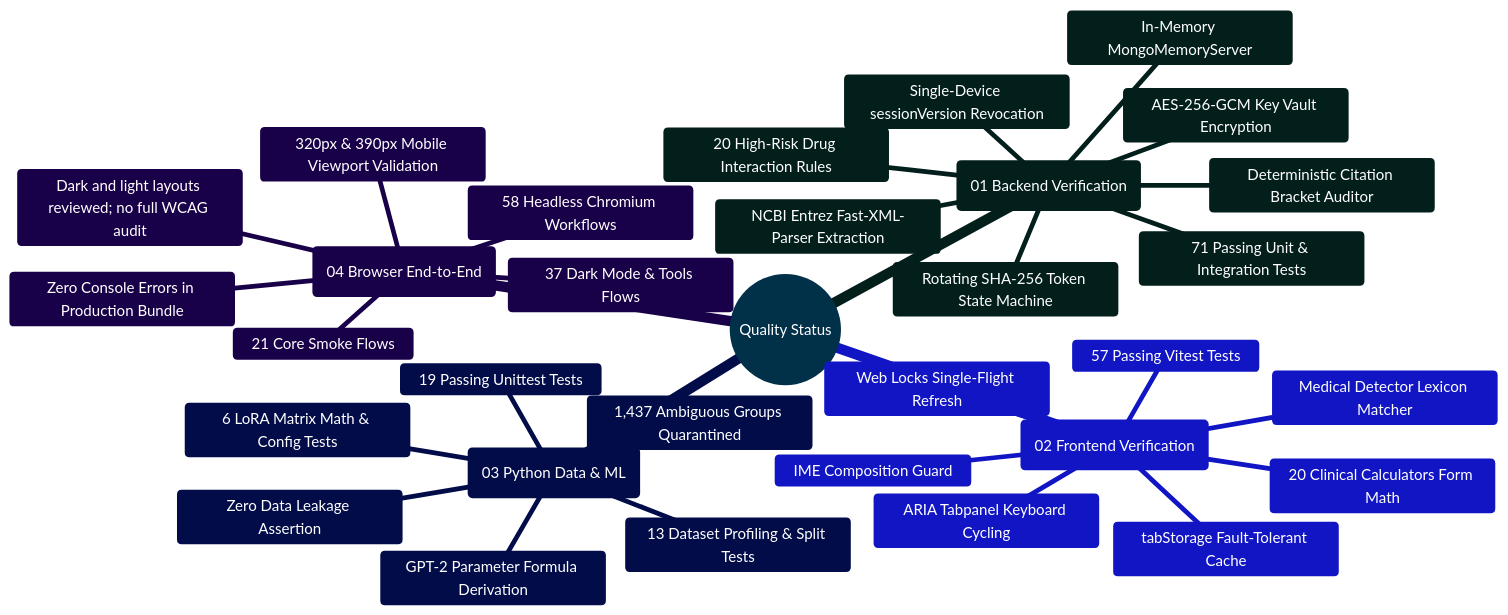
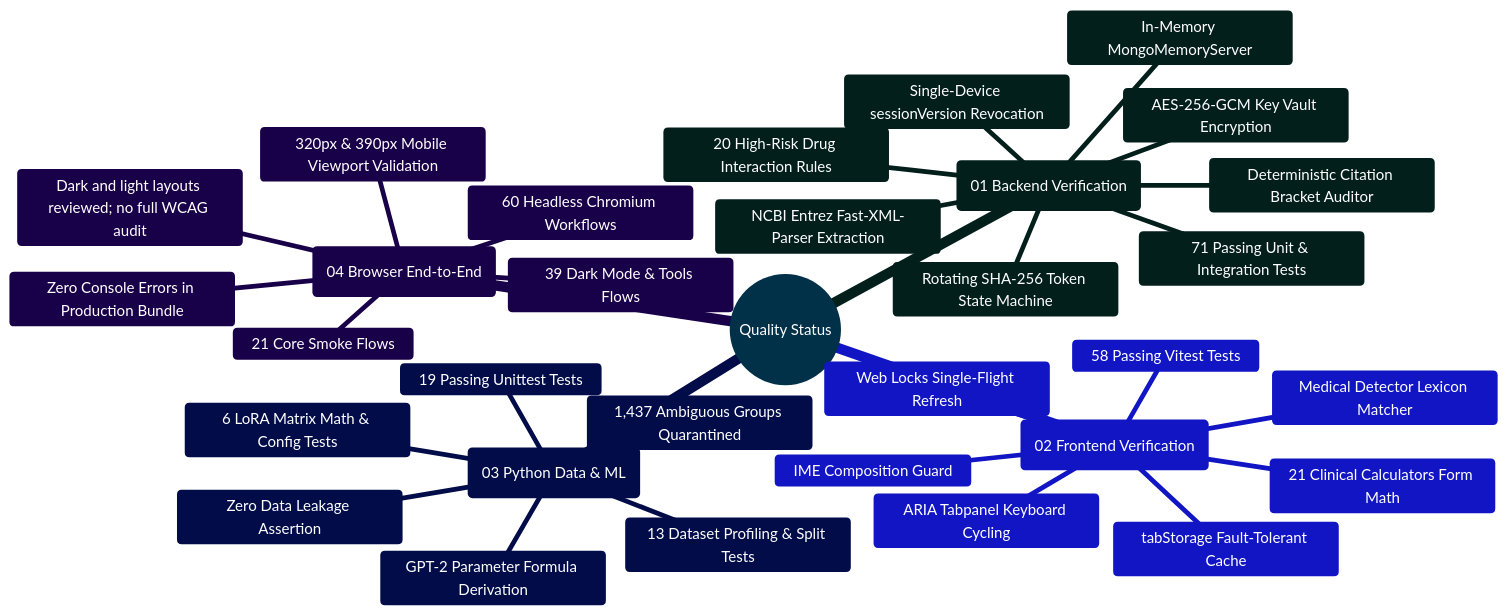
One commit to Ganesh172919/React-App-LLM changed the first of 2 diagrams in docs/IMPLEMENTATION_STATUS.md. Above: the diagram before and after it, drawn with Mermaid. The commit also changed other lines of this file and 46 other files, not shown here.

Commit message:
feat: expand clinical suite to 21 tools (HEART Score) and DDI screener to 22 rules (Linezolid + SSRIs)

````diff
--- a/docs/IMPLEMENTATION_STATUS.md
+++ b/docs/IMPLEMENTATION_STATUS.md
@@ -66,37 +66,37 @@
 ```mermaid
 %%{init: {'theme': 'base', 'themeVariables': { 'primaryColor': '#0284c7', 'primaryTextColor': '#ffffff', 'primaryBorderColor': '#0369a1', 'lineColor': '#0284c7', 'secondaryColor': '#0d9488', 'tertiaryColor': '#6366f1' }}}%%
 mindmap
   root((Quality Status))
     ::icon(fa fa-check-circle)
     (01 Backend Verification)
       71 Passing Unit & Integration Tests
       In-Memory MongoMemoryServer
       Single-Device sessionVersion Revocation
       Rotating SHA-256 Token State Machine
       AES-256-GCM Key Vault Encryption
       NCBI Entrez Fast-XML-Parser Extraction
       Deterministic Citation Bracket Auditor
       20 High-Risk Drug Interaction Rules
     (02 Frontend Verification)
-      57 Passing Vitest Tests
+      58 Passing Vitest Tests
       Web Locks Single-Flight Refresh
       tabStorage Fault-Tolerant Cache
       IME Composition Guard
       Medical Detector Lexicon Matcher
-      20 Clinical Calculators Form Math
+      21 Clinical Calculators Form Math
       ARIA Tabpanel Keyboard Cycling
     (03 Python Data & ML)
       19 Passing Unittest Tests
       13 Dataset Profiling & Split Tests
       6 LoRA Matrix Math & Config Tests
       Zero Data Leakage Assertion
       1,437 Ambiguous Groups Quarantined
       GPT-2 Parameter Formula Derivation
     (04 Browser End-to-End)
-      58 Headless Chromium Workflows
+      60 Headless Chromium Workflows
       21 Core Smoke Flows
-      37 Dark Mode & Tools Flows
+      39 Dark Mode & Tools Flows
       320px & 390px Mobile Viewport Validation
       Dark and light layouts reviewed; no full WCAG audit
       Zero Console Errors in Production Bundle
 ```
````
